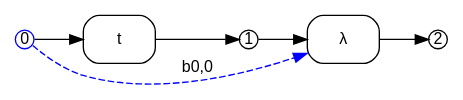
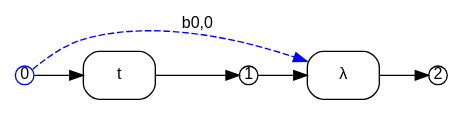
The diagram in crates/bhyp/images/test_example_beta_rule_instance_v_to_lambda_x_tx/substitution_T_lambda_x_tx.dot (ammatsui/bhypvis), drawn with Graphviz before and after one commit. The commit also changed other lines of this file and 876 other files, not shown here.

```diff
--- a/crates/bhyp/images/test_example_beta_rule_instance_v_to_lambda_x_tx/substitution_T_lambda_x_tx.dot
+++ b/crates/bhyp/images/test_example_beta_rule_instance_v_to_lambda_x_tx/substitution_T_lambda_x_tx.dot
@@ -1,25 +1,25 @@
 digraph substitution_T_lambda_x_tx {
   fontname="Helvetica"
   fontsize=12
   rankdir=LR;
   node [fontname="Helvetica", fontsize=12];
   edge [fontname="Helvetica", fontsize=12];
 
   // Nodes
-  n2 [label="2", shape=circle, style=filled, fillcolor=white, color="black", width=0.2, height=0.2, fixedsize=true];
   n0 [label="0", shape=circle, style=filled, fillcolor=white, color="blue", width=0.2, height=0.2, fixedsize=true];
   n1 [label="1", shape=circle, style=filled, fillcolor=white, color="black", width=0.2, height=0.2, fixedsize=true];
+  n2 [label="2", shape=circle, style=filled, fillcolor=white, color="black", width=0.2, height=0.2, fixedsize=true];
 
   // Hyperedges
+  e1 [label="λ", shape=box, style=rounded, color="black"];
   e0 [label="t", shape=box, style=rounded, color="black"];
-  e1 [label="λ", shape=box, style=rounded, color="black"];
 
   // Source connections
-  n0 -> e0 [label=""];
   n1 -> e1 [label=""];
   n0 -> e1 [style=dashed, color="blue", constraint=false, label="b0,0"];
+  n0 -> e0 [label=""];
 
   // Target connections
+  e1 -> n2 [label=""];
   e0 -> n1 [label=""];
-  e1 -> n2 [label=""];
 }
```
